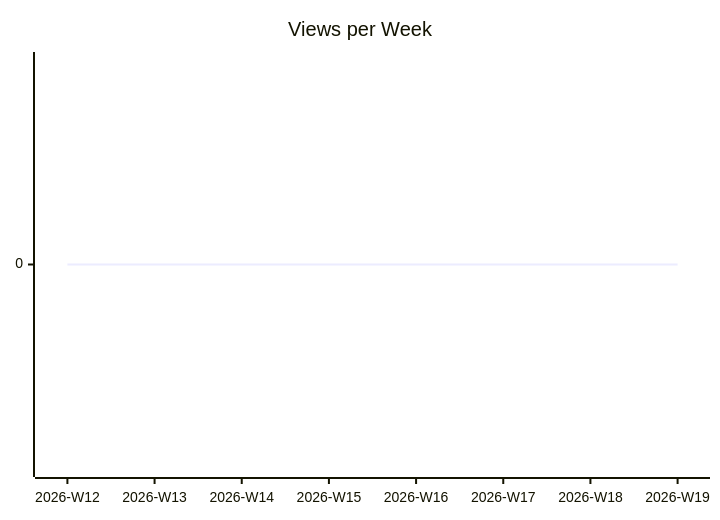
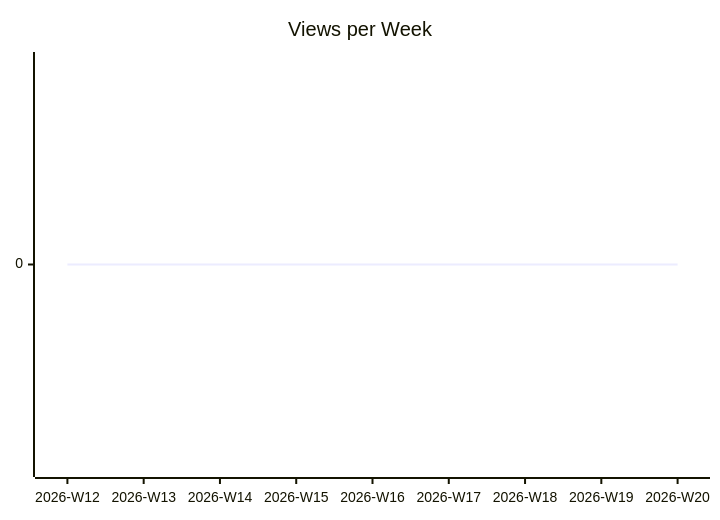
Before and after one commit to justdavis-family/github-analytics-data: the second of 3 diagrams in karlmdavis/liquibase/README.md, drawn with Mermaid. The commit also changed other lines of this file and 176 other files, not shown here.

````diff
--- a/karlmdavis/liquibase/README.md
+++ b/karlmdavis/liquibase/README.md
@@ -12,6 +12,6 @@
 ```mermaid
 xychart-beta
   title "Views per Week"
-  x-axis ["2026-W12", "2026-W13", "2026-W14", "2026-W15", "2026-W16", "2026-W17", "2026-W18", "2026-W19"]
-  line [0, 0, 0, 0, 0, 0, 0, 0]
+  x-axis ["2026-W12", "2026-W13", "2026-W14", "2026-W15", "2026-W16", "2026-W17", "2026-W18", "2026-W19", "2026-W20"]
+  line [0, 0, 0, 0, 0, 0, 0, 0, 0]
 ```
````
